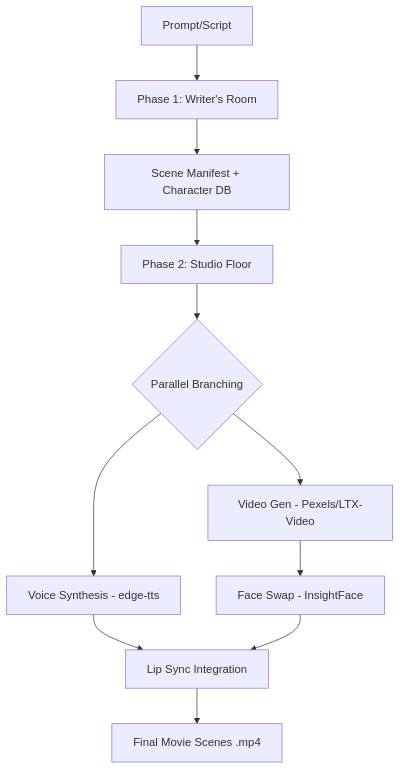
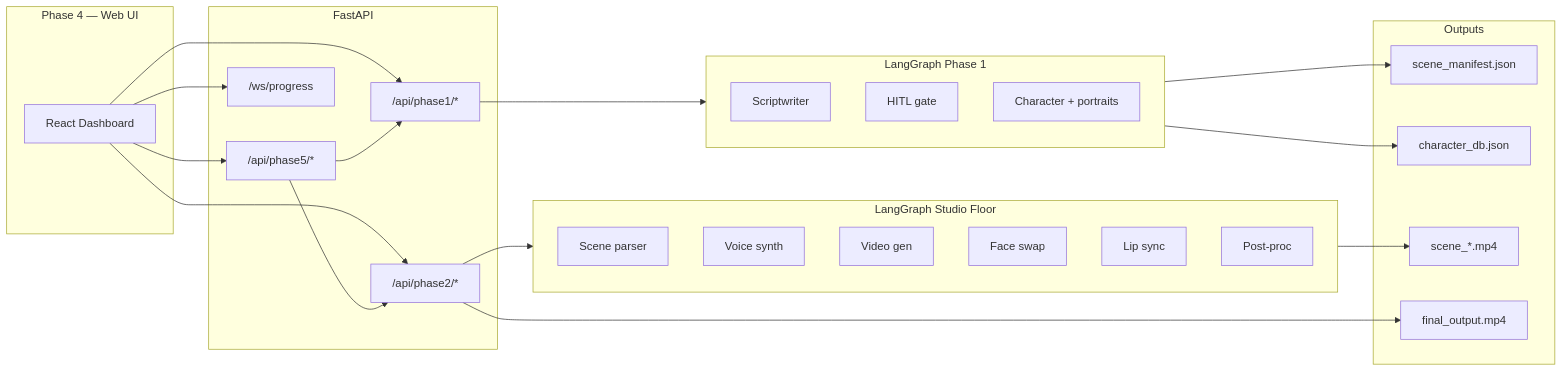
The diagram in README.md (Areeba-Riazz/prompt-to-video), drawn with Mermaid before and after one commit. The commit also changed other lines of this file and 2 other files, not shown here.

````diff
--- a/README.md
+++ b/README.md
@@ -67,13 +62,44 @@
 ```mermaid
-graph TD
-    A[Prompt/Script] --> B[Phase 1: Writer's Room]
-    B --> C[Scene Manifest + Character DB]
-    C --> D[Phase 2: Studio Floor]
-    D --> E{Parallel Branching}
-    E --> F[Voice Synthesis - edge-tts]
-    E --> G[Video Gen - Pexels/LTX-Video]
-    F --> H[Lip Sync Integration]
-    G --> I[Face Swap - InsightFace]
-    I --> H
-    H --> J[Final Movie Scenes .mp4]
+flowchart LR
+  subgraph UI["Phase 4 — Web UI"]
+    FE[React Dashboard]
+  end
+
+  subgraph API["FastAPI"]
+    P1["/api/phase1/*"]
+    P2["/api/phase2/*"]
+    P5["/api/phase5/*"]
+    WS["/ws/progress"]
+  end
+
+  subgraph G1["LangGraph Phase 1"]
+    SW[Scriptwriter]
+    HITL[HITL gate]
+    CHAR[Character + portraits]
+  end
+
+  subgraph G2["LangGraph Studio Floor"]
+    PARSE[Scene parser]
+    VO[Voice synth]
+    VG[Video gen]
+    FS[Face swap]
+    LS[Lip sync]
+    PP[Post-proc]
+  end
+
+  subgraph OUT["Outputs"]
+    M["scene_manifest.json"]
+    C["character_db.json"]
+    SC["scene_*.mp4"]
+    F["final_output.mp4"]
+  end
+
+  FE --> P1 & P2 & P5
+  FE --> WS
+  P1 --> G1
+  G1 --> M & C
+  P2 --> G2
+  G2 --> SC
+  P2 --> F
+  P5 --> P1 & P2
 ```
````
